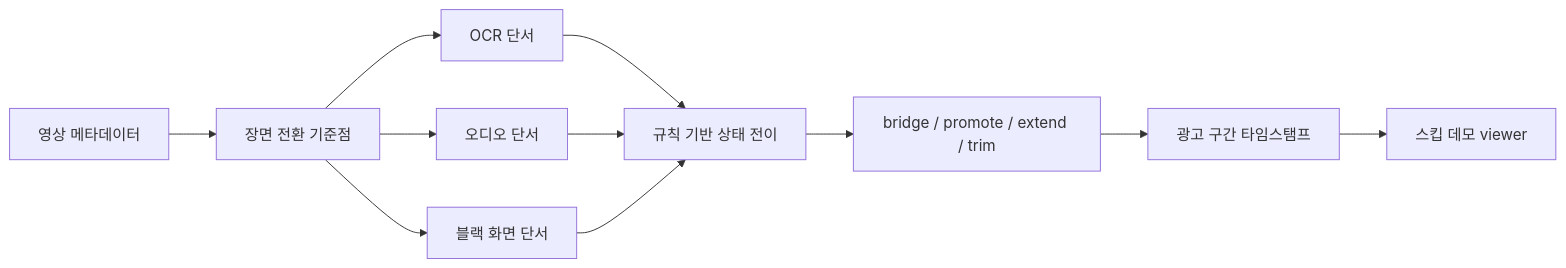
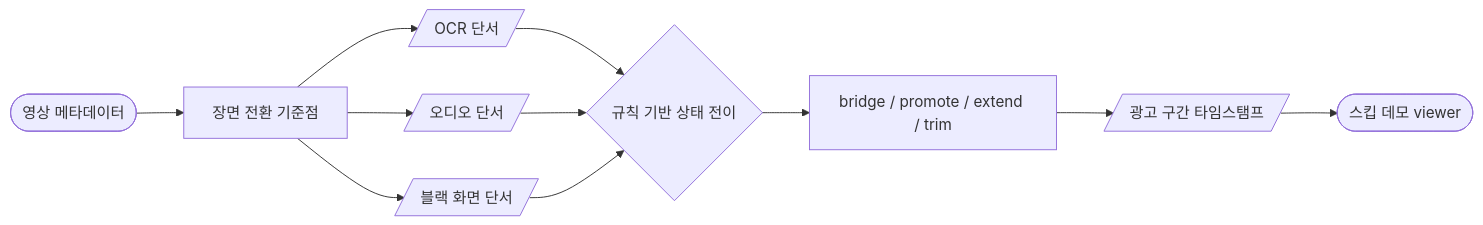
The diagram in README.md (RuruPark/youtube-ad-segment-detector), drawn with Mermaid before and after one commit.

Commit message:
design - Architecture 수정

````diff
--- a/README.md
+++ b/README.md
@@ -34,13 +34,13 @@
 ```mermaid
 flowchart LR
-  A[영상 메타데이터] --> B[장면 전환 기준점]
-  B --> C[OCR 단서]
-  B --> D[오디오 단서]
-  B --> E[블랙 화면 단서]
-  C --> F[규칙 기반 상태 전이]
+  A([영상 메타데이터]) --> B[장면 전환 기준점]
+  B --> C[/OCR 단서/]
+  B --> D[/오디오 단서/]
+  B --> E[/블랙 화면 단서/]
+  C --> F{규칙 기반 상태 전이}
   D --> F
   E --> F
   F --> G[bridge / promote / extend / trim]
-  G --> H[광고 구간 타임스탬프]
-  H --> I[스킵 데모 viewer]
+  G --> H[/광고 구간 타임스탬프/]
+  H --> I([스킵 데모 viewer])
 ```
````
